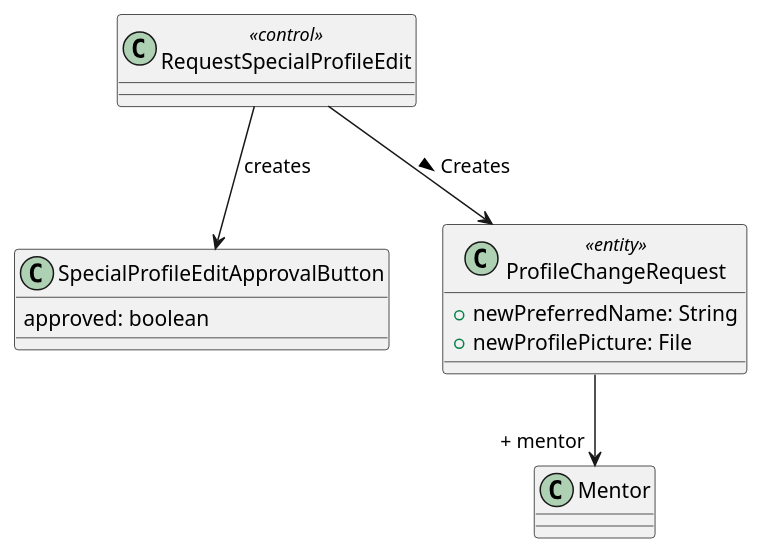
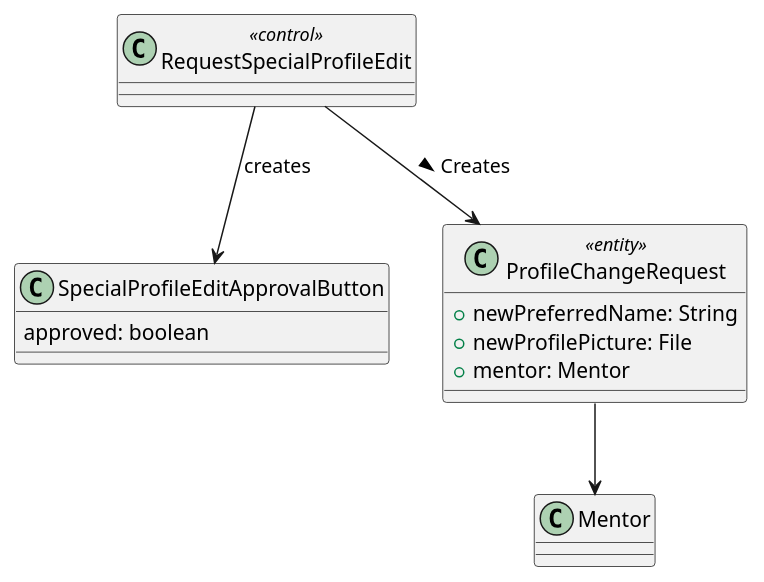
The second of 2 diagrams in Use Cases/RequestSpecialProfileEdit.iuml (bmb0136/COMP-3700-Project), drawn with PlantUML before and after one commit. The commit also changed 4 other files, not shown here.

```diff
--- a/Use Cases/RequestSpecialProfileEdit.iuml
+++ b/Use Cases/RequestSpecialProfileEdit.iuml
@@ -35,15 +35,16 @@
 @startuml Request Special Profile Edit Object Diagram
 class RequestSpecialProfileEdit <<control>> {}
 
 class SpecialProfileEditApprovalButton
 {
 approved: boolean
 }
 RequestSpecialProfileEdit --> SpecialProfileEditApprovalButton: creates
 RequestSpecialProfileEdit --> ProfileChangeRequest: Creates >
 class ProfileChangeRequest <<entity>> {
   + newPreferredName: String
   + newProfilePicture: File
+  + mentor: Mentor
 }
-ProfileChangeRequest --> "+ mentor" Mentor
+ProfileChangeRequest --> Mentor
 @enduml
```
